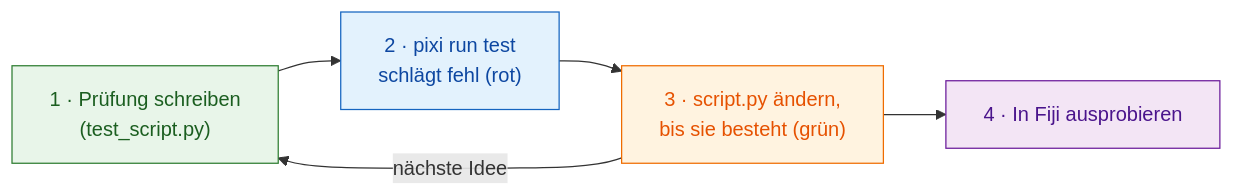
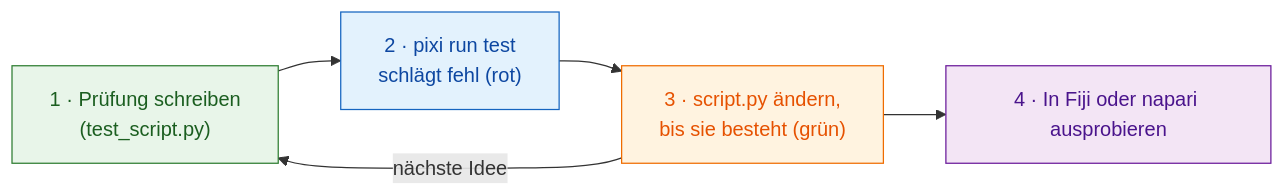
Before and after one commit to Oxford-Zeiss-Centre-of-Excellence/Wavu: the diagram in guide/write/test-without-fiji.de.md, drawn with Mermaid. The commit also changed other lines of this file and 70 other files, not shown here.

````diff
--- a/guide/write/test-without-fiji.de.md
+++ b/guide/write/test-without-fiji.de.md
@@ -21,14 +22,14 @@
 ```mermaid
 flowchart LR
     T["1 · Prüfung schreiben<br/>(test_script.py)"]:::worker
     R["2 · pixi run test<br/>schlägt fehl (rot)"]:::fiji
     S["3 · script.py ändern,<br/>bis sie besteht (grün)"]:::script
-    F["4 · In Fiji ausprobieren"]:::env
+    F["4 · In Fiji oder napari ausprobieren"]:::env
     T --> R --> S --> F
     S -- "nächste Idee" --> T
 
     classDef fiji   fill:#e3f2fd,stroke:#1565c0,color:#0d47a1
     classDef worker fill:#e8f5e9,stroke:#2e7d32,color:#1b5e20
     classDef script fill:#fff3e0,stroke:#ef6c00,color:#e65100
     classDef env    fill:#f3e5f5,stroke:#6a1b9a,color:#4a148c
 ```
````
